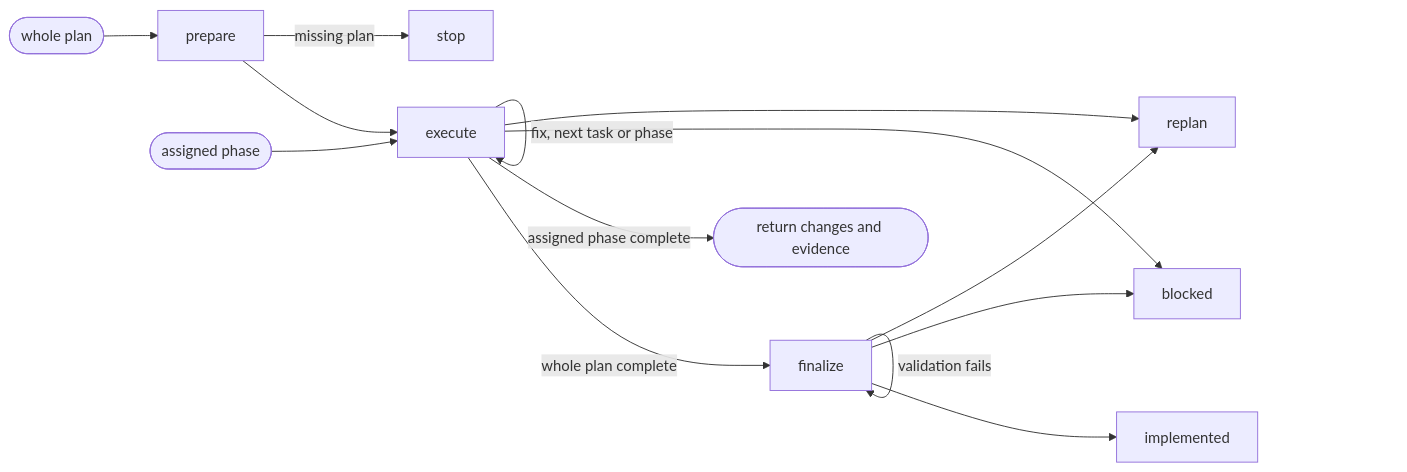
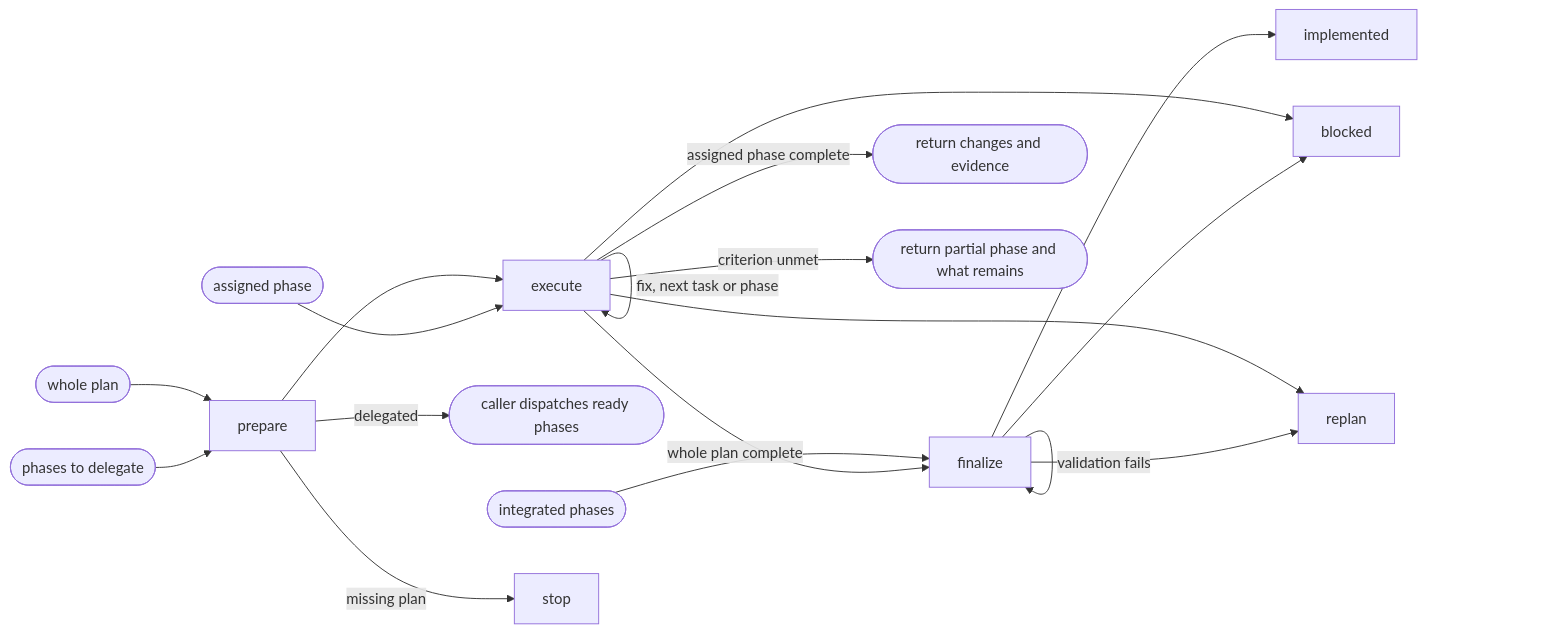
One commit to ai-driven-dev/framework changed the diagram in plugins/aidd-dev/skills/02-implement/SKILL.md. Above: the diagram before and after it, drawn with Mermaid. The commit also changed other lines of this file and 5 other files, not shown here.

First line of the commit message:
docs(aidd-dev): dispatch delegated phases through batch and route partial and finalize

````diff
--- a/plugins/aidd-dev/skills/02-implement/SKILL.md
+++ b/plugins/aidd-dev/skills/02-implement/SKILL.md
@@ -9,14 +9,17 @@
 ```mermaid
 flowchart LR
   whole([whole plan]) --> prepare --> execute
+  delegated([phases to delegate]) --> prepare -->|delegated| dispatched([caller dispatches ready phases])
   assigned([assigned phase]) --> execute
+  integrated([integrated phases]) --> finalize
   execute -->|whole plan complete| finalize --> implemented
   execute -->|assigned phase complete| returned([return changes and evidence])
+  execute -->|criterion unmet| partial([return partial phase and what remains])
   prepare -->|missing plan| stop
   execute -->|fix, next task or phase| execute
   execute --> blocked
   execute --> replan
   finalize -->|validation fails| finalize
   finalize --> blocked
   finalize --> replan
 ```
````
